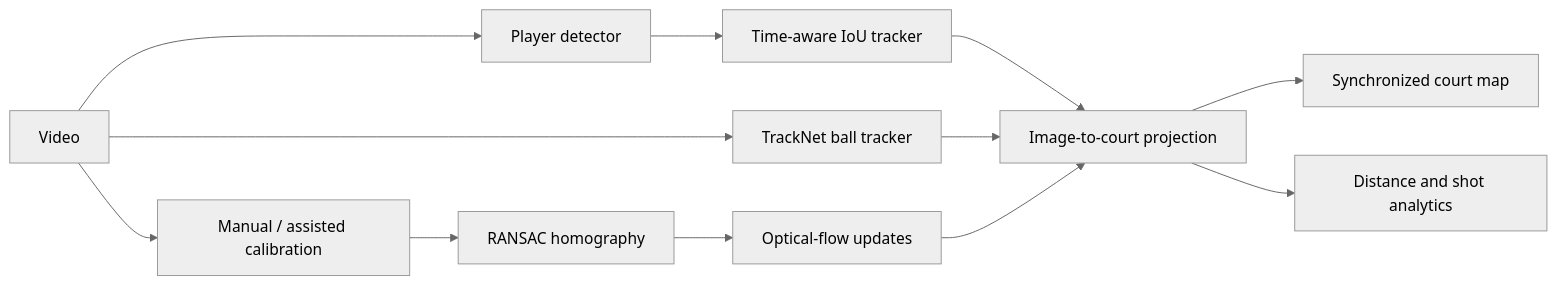
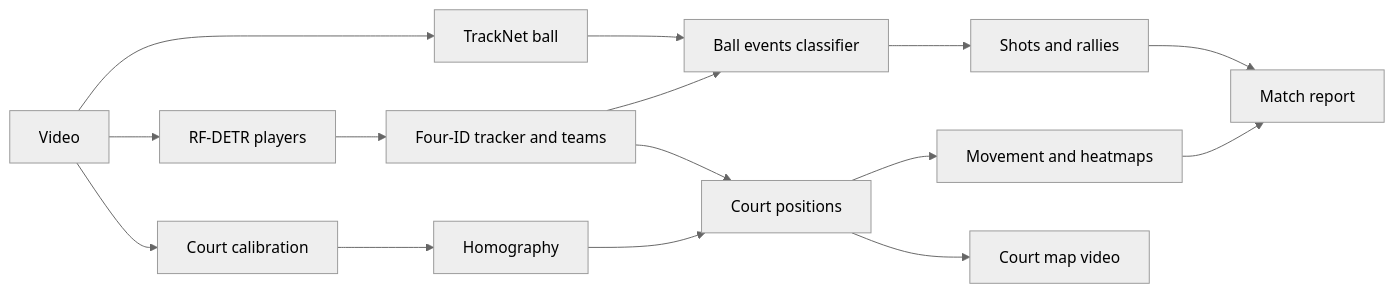
Before and after one commit to AbdelrahmanAhmed3/courtvision-racket-analytics: the diagram in README.md, drawn with Mermaid (neutral theme). The commit also changed other lines of this file and 8 other files, not shown here.

````diff
--- a/README.md
+++ b/README.md
@@ -40,14 +123,17 @@
 ```mermaid
 flowchart LR
-    V[Video] --> PD[Player detector]
-    V --> BT[TrackNet ball tracker]
-    PD --> PT[Time-aware IoU tracker]
-    V --> C[Manual / assisted calibration]
-    C --> H[RANSAC homography]
-    H --> OF[Optical-flow updates]
-    PT --> P[Image-to-court projection]
-    BT --> P
-    OF --> P
-    P --> M[Synchronized court map]
-    P --> A[Distance and shot analytics]
+    V[Video] --> PD[RF-DETR players]
+    V --> BT[TrackNet ball]
+    PD --> PT[Four-ID tracker and teams]
+    V --> C[Court calibration]
+    C --> H[Homography]
+    PT --> P[Court positions]
+    BT --> E[Ball events classifier]
+    PT --> E
+    H --> P
+    E --> S[Shots and rallies]
+    P --> M[Movement and heatmaps]
+    S --> R[Match report]
+    M --> R
+    P --> CM[Court map video]
 ```
````
